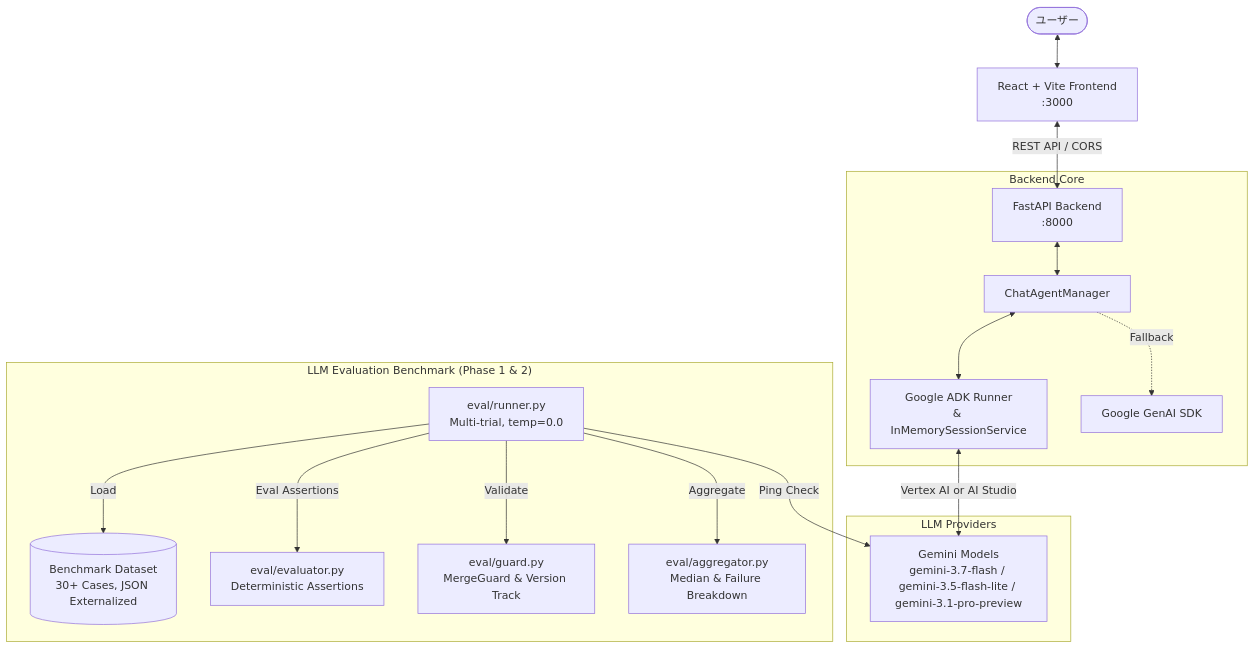
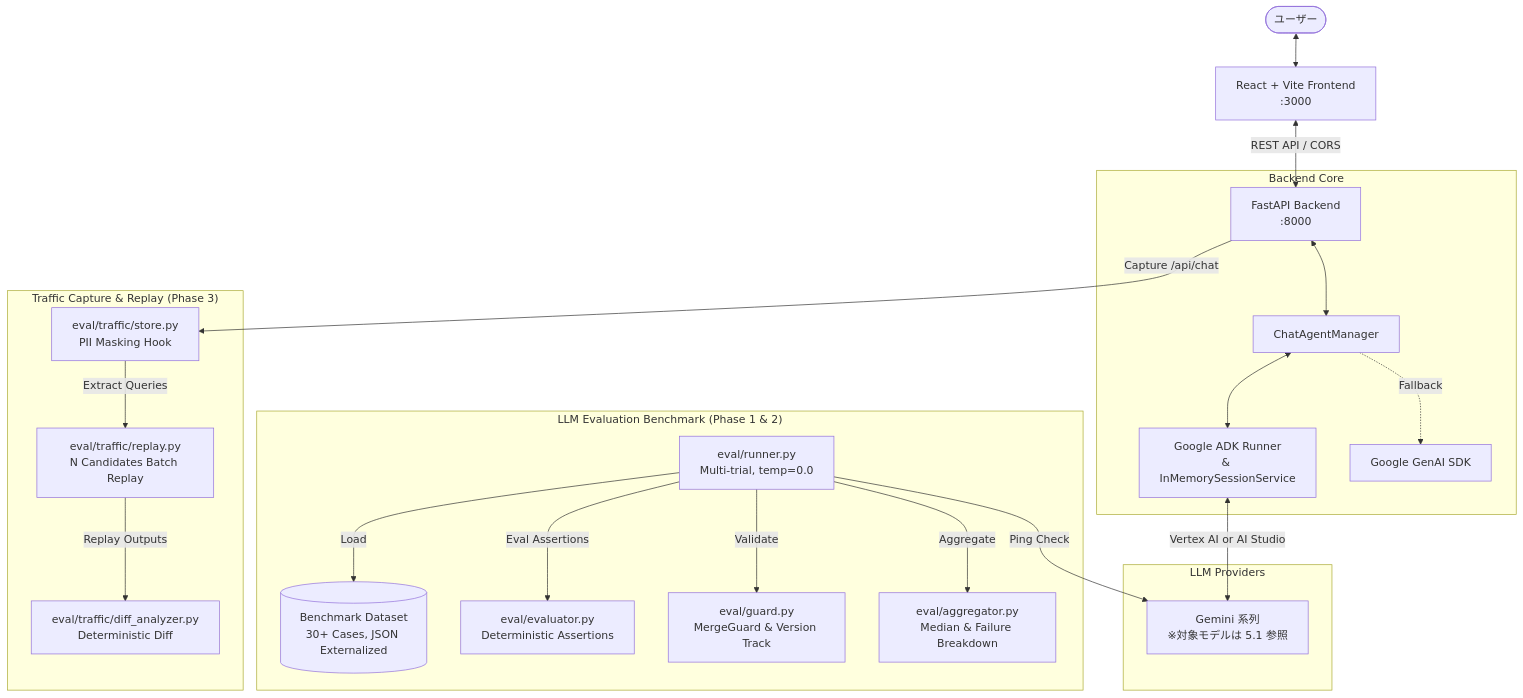
The diagram in docs/SPECIFICATION.md (shu-kob/adk-agent-chat), drawn with Mermaid before and after one commit. The commit also changed other lines of this file and 4 other files, not shown here.

Commit message:
docs(spec): apply SPECIFICATION_ADDENDUM_v2 (unify models to 5.1, sync backend tree, resolve tech stack duplicates, split traffic replay into dedicated section 6)

````diff
--- a/docs/SPECIFICATION.md
+++ b/docs/SPECIFICATION.md
@@ -19,28 +21,37 @@
 ```mermaid
 graph TD
     User([ユーザー]) <--> Frontend[React + Vite Frontend<br/>:3000]
     Frontend <-->|REST API / CORS| Backend[FastAPI Backend<br/>:8000]
     
     subgraph Backend Core
         Backend <--> AgentManager[ChatAgentManager]
         AgentManager <--> ADK[Google ADK Runner<br/>& InMemorySessionService]
         AgentManager -.->|Fallback| GenAISDK[Google GenAI SDK]
     end
 
     subgraph LLM Providers
-        ADK <-->|Vertex AI or AI Studio| Gemini[Gemini Models<br/>gemini-3.7-flash / gemini-3.5-flash-lite / gemini-3.1-pro-preview]
+        ADK <-->|Vertex AI or AI Studio| Gemini[Gemini 系列<br/>※対象モデルは 5.1 参照]
     end
     
     subgraph Evaluation["LLM Evaluation Benchmark (Phase 1 & 2)"]
         Dataset[(Benchmark Dataset<br/>30+ Cases, JSON Externalized)]
         Runner[eval/runner.py<br/>Multi-trial, temp=0.0]
         Evaluator[eval/evaluator.py<br/>Deterministic Assertions]
         Guard[eval/guard.py<br/>MergeGuard & Version Track]
         Aggregator[eval/aggregator.py<br/>Median & Failure Breakdown]
         Runner -->|Load| Dataset
         Runner -->|Ping Check| Gemini
         Runner -->|Eval Assertions| Evaluator
         Runner -->|Validate| Guard
         Runner -->|Aggregate| Aggregator
     end
+
+    subgraph TrafficReplay["Traffic Capture & Replay (Phase 3)"]
+        TrafficStore[eval/traffic/store.py<br/>PII Masking Hook]
+        ReplayJob[eval/traffic/replay.py<br/>N Candidates Batch Replay]
+        DiffAnalyzer[eval/traffic/diff_analyzer.py<br/>Deterministic Diff]
+        Backend -->|Capture /api/chat| TrafficStore
+        TrafficStore -->|Extract Queries| ReplayJob
+        ReplayJob -->|Replay Outputs| DiffAnalyzer
+    end
 ```
````
